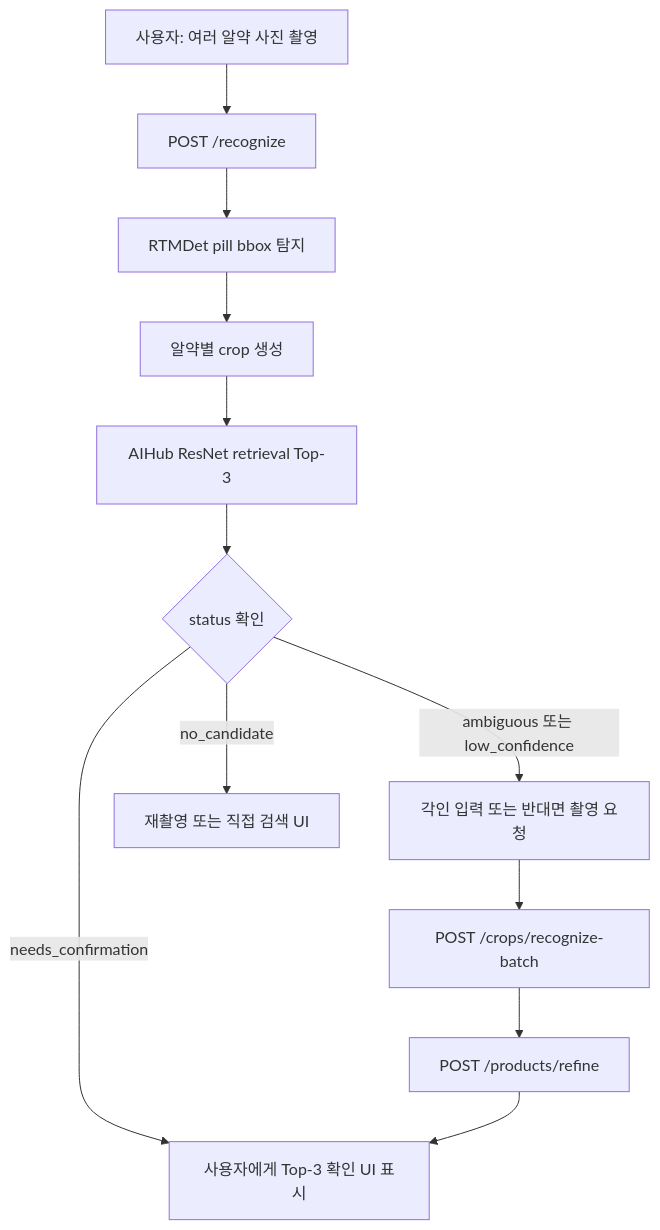
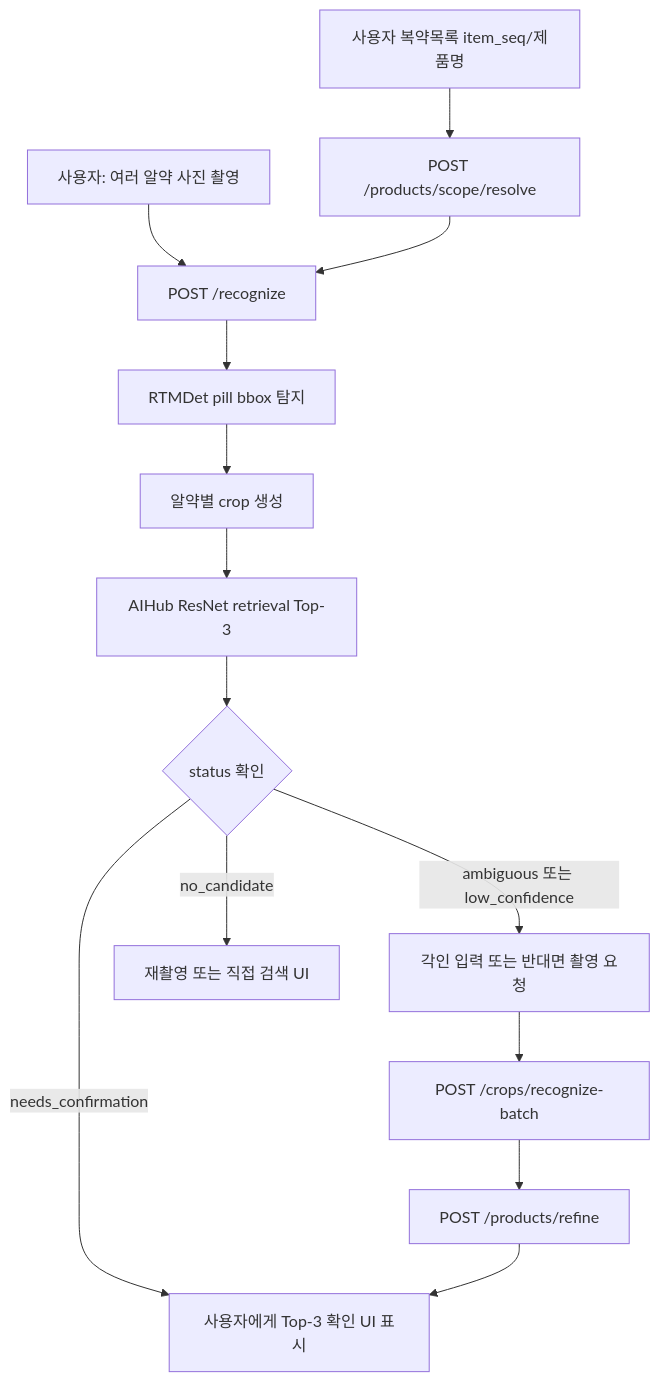
One commit to iccas6-click/ai changed the diagram in inference/pill_recognition/SERVICE_FLOW.md. Above: the diagram before and after it, drawn with Mermaid. The commit also changed other lines of this file and 4 other files, not shown here.

````diff
--- a/inference/pill_recognition/SERVICE_FLOW.md
+++ b/inference/pill_recognition/SERVICE_FLOW.md
@@ -19,14 +19,16 @@
 ```mermaid
 flowchart TD
     A["사용자: 여러 알약 사진 촬영"] --> B["POST /recognize"]
+    L["사용자 복약목록 item_seq/제품명"] --> M["POST /products/scope/resolve"]
+    M --> B
     B --> C["RTMDet pill bbox 탐지"]
     C --> D["알약별 crop 생성"]
     D --> E["AIHub ResNet retrieval Top-3"]
     E --> F{"status 확인"}
     F -->|"needs_confirmation"| G["사용자에게 Top-3 확인 UI 표시"]
     F -->|"ambiguous 또는 low_confidence"| H["각인 입력 또는 반대면 촬영 요청"]
     F -->|"no_candidate"| I["재촬영 또는 직접 검색 UI"]
     H --> J["POST /crops/recognize-batch"]
     J --> K["POST /products/refine"]
     K --> G
 ```
````
